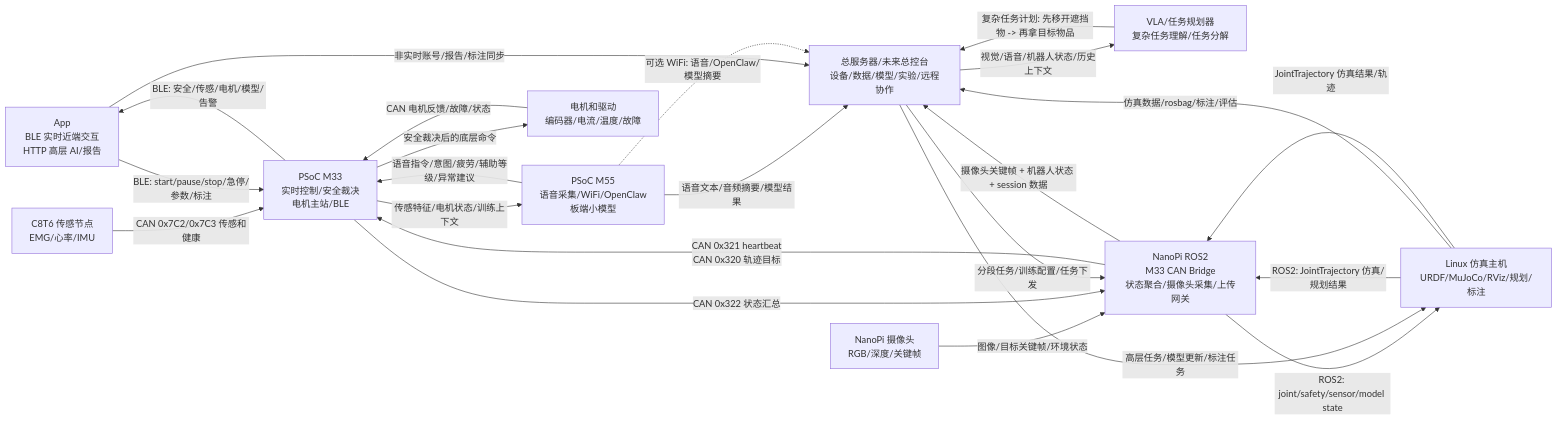
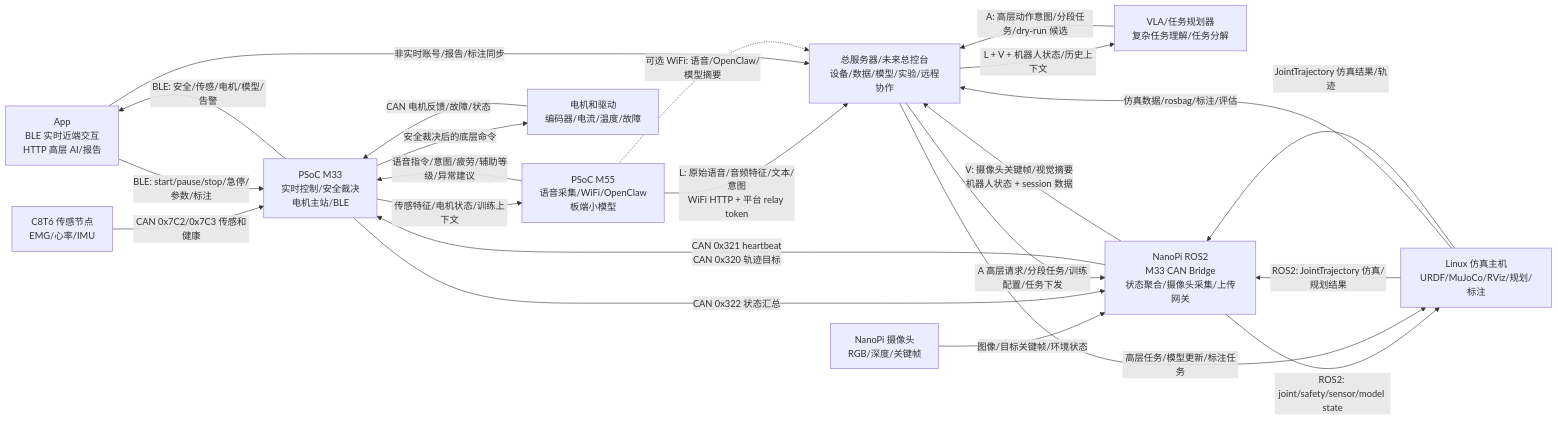
The diagram in README.md (HalloYang06/PSOC_E84_robot), drawn with Mermaid before and after one commit. The commit also changed other lines of this file and 9 other files, not shown here.

````diff
--- a/README.md
+++ b/README.md
@@ -119,43 +119,43 @@
 ```mermaid
 flowchart LR
   App["App\nBLE 实时近端交互\nHTTP 高层 AI/报告"]
   Server["总服务器/未来总控台\n设备/数据/模型/实验/远程协作"]
   VLA["VLA/任务规划器\n复杂任务理解/任务分解"]
   Workstation["Linux 仿真主机\nURDF/MuJoCo/RViz/规划/标注"]
   NanoPi["NanoPi ROS2\nM33 CAN Bridge\n状态聚合/摄像头采集/上传网关"]
   M33["PSoC M33\n实时控制/安全裁决\n电机主站/BLE"]
   M55["PSoC M55\n语音采集/WiFi/OpenClaw\n板端小模型"]
   C8T6["C8T6 传感节点\nEMG/心率/IMU"]
   Motor["电机和驱动\n编码器/电流/温度/故障"]
   Camera["NanoPi 摄像头\nRGB/深度/关键帧"]
 
   Motor -->|"CAN 电机反馈/故障/状态"| M33
   C8T6 -->|"CAN 0x7C2/0x7C3 传感和健康"| M33
 
   M33 -->|"传感特征/电机状态/训练上下文"| M55
   M55 -->|"语音指令/意图/疲劳/辅助等级/异常建议"| M33
 
   App -->|"BLE: start/pause/stop/急停/参数/标注"| M33
   M33 -->|"BLE: 安全/传感/电机/模型/告警"| App
 
   Camera -->|"图像/目标关键帧/环境状态"| NanoPi
   M33 -->|"CAN 0x322 状态汇总"| NanoPi
   NanoPi -->|"CAN 0x321 heartbeat\nCAN 0x320 轨迹目标"| M33
 
   NanoPi -->|"ROS2: joint/safety/sensor/model state"| Workstation
   Workstation -->|"ROS2: JointTrajectory 仿真/规划结果"| NanoPi
 
-  M55 -->|"语音文本/音频摘要/模型结果"| Server
-  NanoPi -->|"摄像头关键帧 + 机器人状态 + session 数据"| Server
+  M55 -->|"L: 原始语音/音频特征/文本/意图\nWiFi HTTP + 平台 relay token"| Server
+  NanoPi -->|"V: 摄像头关键帧/视觉摘要\n机器人状态 + session 数据"| Server
   Workstation -->|"仿真数据/rosbag/标注/评估"| Server
   App -->|"非实时账号/报告/标注同步"| Server
   M55 -.->|"可选 WiFi: 语音/OpenClaw/模型摘要"| Server
 
-  Server -->|"视觉/语音/机器人状态/历史上下文"| VLA
-  VLA -->|"复杂任务计划: 先移开遮挡物 -> 再拿目标物品"| Server
-  Server -->|"分段任务/训练配置/任务下发"| NanoPi
+  Server -->|"L + V + 机器人状态/历史上下文"| VLA
+  VLA -->|"A: 高层动作意图/分段任务/dry-run 候选"| Server
+  Server -->|"A 高层请求/分段任务/训练配置/任务下发"| NanoPi
   Server -->|"高层任务/模型更新/标注任务"| Workstation
   Workstation -->|"JointTrajectory 仿真结果/轨迹"| NanoPi
 
   M33 -->|"安全裁决后的底层命令"| Motor
 ```
````
